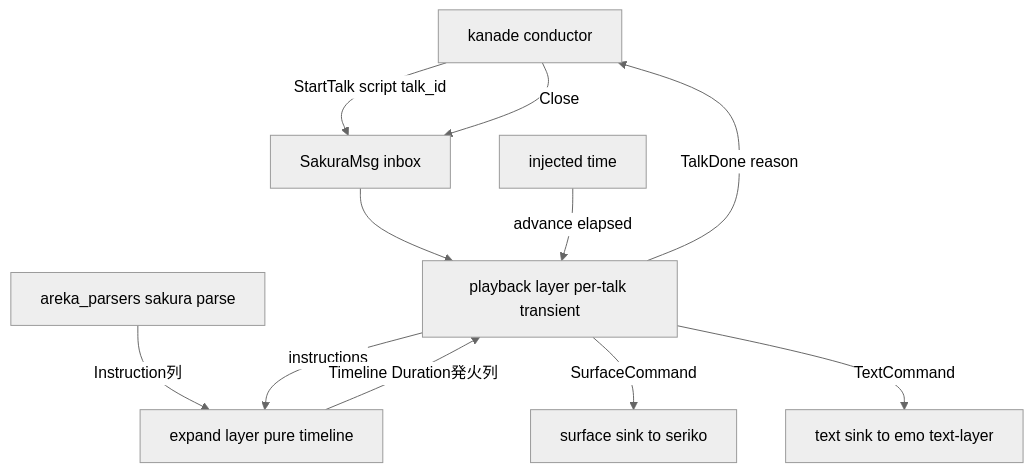
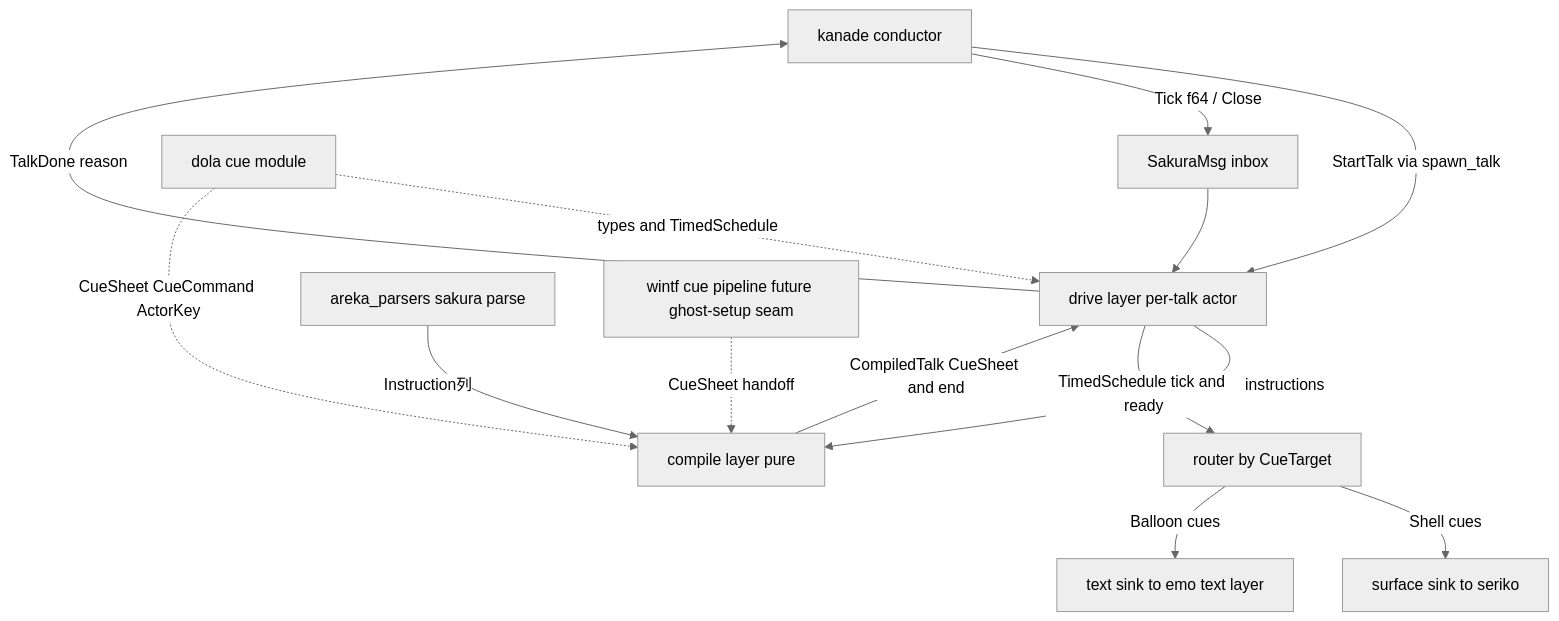
The first of 3 diagrams in .kiro/specs/areka-P0-sakura-engine/design.md (ekicyou/areka), drawn with Mermaid (neutral theme) before and after one commit. The commit also changed other lines of this file and 2 other files, not shown here.

First line of the commit message:
docs(areka-P0-sakura-engine): resolve design discussion #3 - dola cue基盤へ全面再設計

````diff
--- a/.kiro/specs/areka-P0-sakura-engine/design.md
+++ b/.kiro/specs/areka-P0-sakura-engine/design.md
@@ -73,13 +91,16 @@
 ```mermaid
 graph TB
-    Kanade[kanade conductor] -->|StartTalk script talk_id| Inbox[SakuraMsg inbox]
-    Kanade -->|Close| Inbox
-    Inbox --> Playback[playback layer per-talk transient]
-    Parse[areka_parsers sakura parse] -->|Instruction列| Expand
-    Playback -->|instructions| Expand[expand layer pure timeline]
-    Expand -->|Timeline Duration発火列| Playback
-    Playback -->|SurfaceCommand| SurfaceSink[surface sink to seriko]
-    Playback -->|TextCommand| TextSink[text sink to emo text-layer]
-    Playback -->|TalkDone reason| Kanade
-    Clock[injected time] -->|advance elapsed| Playback
+    Kanade[kanade conductor] -->|StartTalk via spawn_talk| Drive
+    Kanade -->|Tick f64 / Close| Inbox[SakuraMsg inbox]
+    Inbox --> Drive[drive layer per-talk actor]
+    Parse[areka_parsers sakura parse] -->|Instruction列| Compile
+    Drive -->|instructions| Compile[compile layer pure]
+    Compile -->|CompiledTalk CueSheet and end| Drive
+    Drive -->|TimedSchedule tick and ready| Router[router by CueTarget]
+    Router -->|Shell cues| SurfaceSink[surface sink to seriko]
+    Router -->|Balloon cues| TextSink[text sink to emo text layer]
+    Drive -->|TalkDone reason| Kanade
+    DolaCue[dola cue module] -.->|types and TimedSchedule| Drive
+    DolaCue -.->|CueSheet CueCommand ActorKey| Compile
+    WintfPipe[wintf cue pipeline future ghost-setup seam] -.->|CueSheet handoff| Compile
 ```
````
